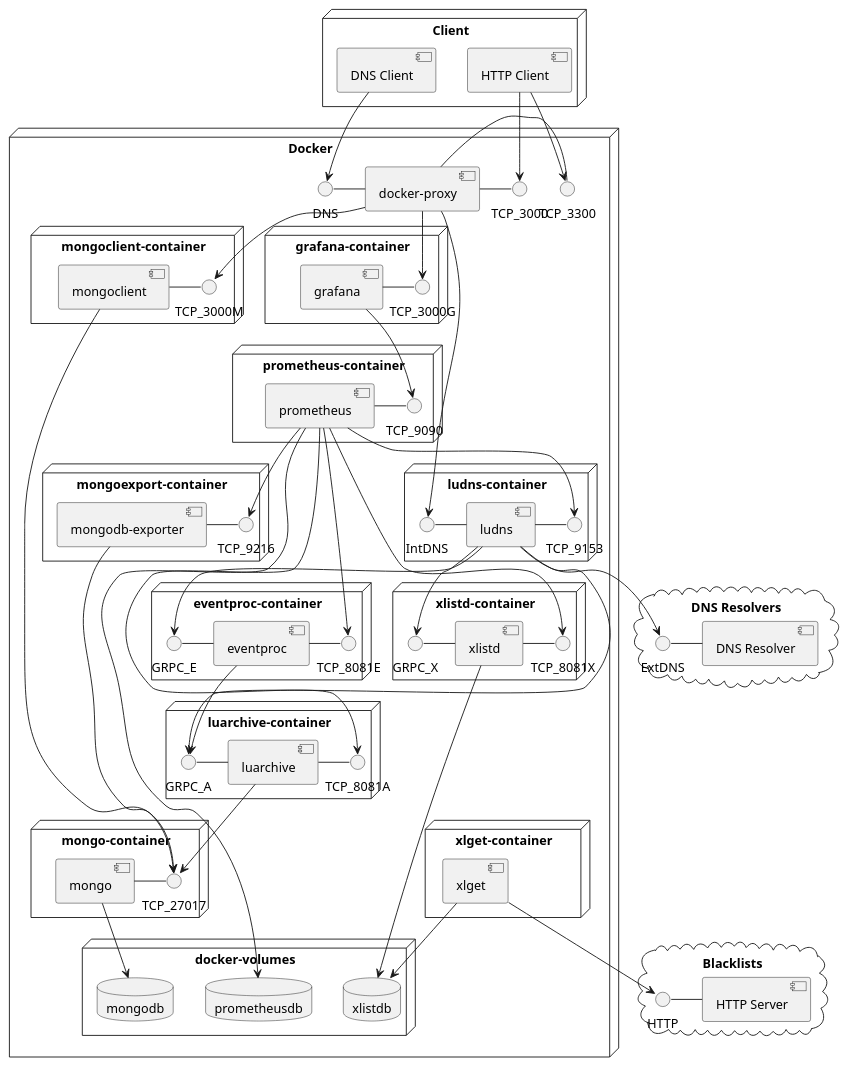
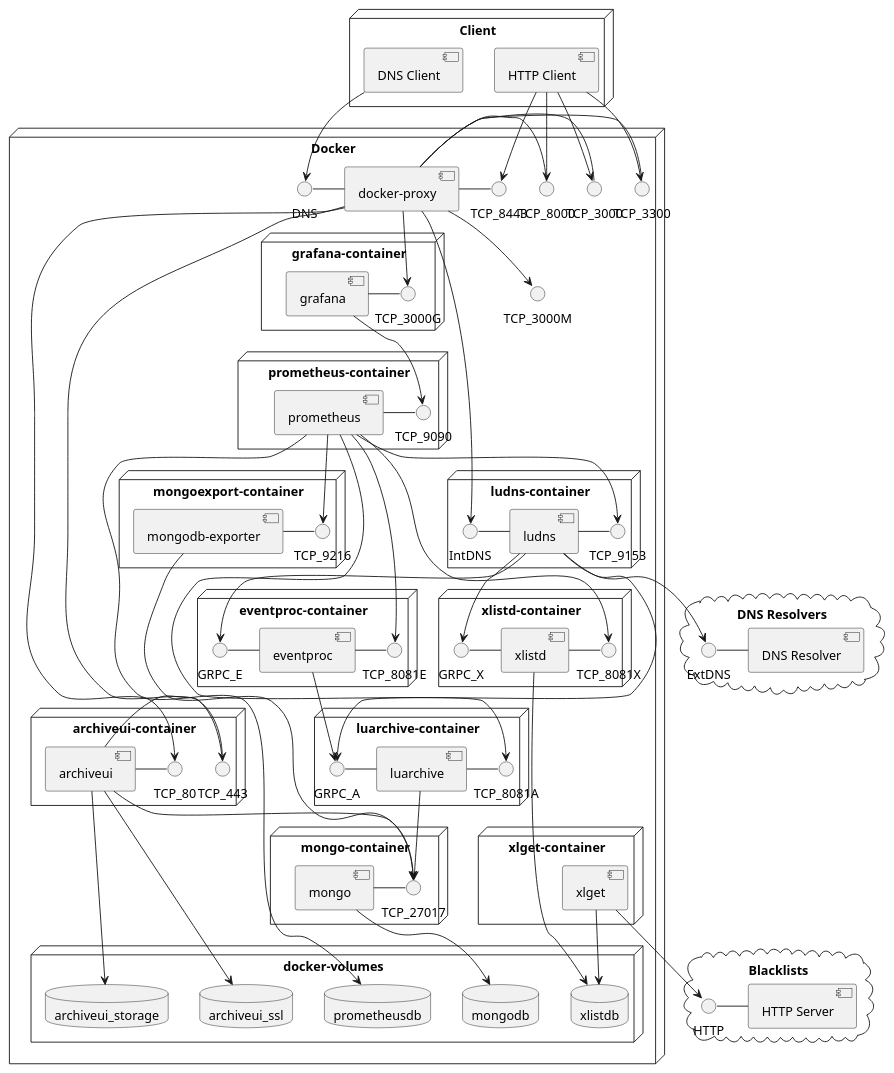
One commit to luids-io/deploy changed the diagram in docker/advanced-dns-sinkhole-metrics/diagram.puml. Above: the diagram before and after it, drawn with PlantUML. The commit also changed 5 other files, not shown here.

Commit message:
changed mongoclient gui by luids archiveui

```diff
--- a/docker/advanced-dns-sinkhole-metrics/diagram.puml
+++ b/docker/advanced-dns-sinkhole-metrics/diagram.puml
@@ -1,95 +1,109 @@
 @startuml
 
 cloud "Blacklists" {
  [HTTP Server] -left- HTTP
 }
 
 cloud "DNS Resolvers" {
  [DNS Resolver] -left- ExtDNS
 }
 
 node "Docker" {
   node "docker-volumes" {
     database "mongodb"
     database "xlistdb"
     database "prometheusdb"
+    database "archiveui_storage"
+    database "archiveui_ssl"
   }
  
   node "mongo-container" {
     [mongo] - TCP_27017 
   }
   [mongo] --> mongodb
   
-  node "mongoclient-container" {
-    [mongoclient] - TCP_3000M
-  }
-  [mongoclient] --> TCP_27017
 
   node "mongoexport-container" {
     [mongodb-exporter] -right- TCP_9216
   }
   [mongodb-exporter] --> TCP_27017
 
   node "xlget-container" {
     [xlget] --> [xlistdb]
   }
   [xlget] --> HTTP
 
   node "xlistd-container" {
     [xlistd] -left- GRPC_X
     [xlistd] -right- TCP_8081X
   }
   [xlistd] --> [xlistdb]
  
   node "luarchive-container" {
     [luarchive] -left- GRPC_A
     [luarchive] -right- TCP_8081A
   } 
   [luarchive] --> TCP_27017
   
   node "eventproc-container" {
     [eventproc] -left- GRPC_E
     [eventproc] -right- TCP_8081E
   }
   [eventproc] --> GRPC_A
 
   node "ludns-container" {
     [ludns] -left- IntDNS
     [ludns] -right- TCP_9153
   }
   [ludns] --> GRPC_X
   [ludns] --> ExtDNS
   [ludns] --> GRPC_E
   [ludns] --> GRPC_A
 
+  node "archiveui-container" {
+    [archiveui] - TCP_80
+    [archiveui] - TCP_443
+  }
+  [archiveui] --> TCP_27017
+  [archiveui] --> archiveui_storage
+  [archiveui] --> archiveui_ssl
+
+
   node "prometheus-container" {
     [prometheus] - TCP_9090
   }
   [prometheus] --> prometheusdb
   [prometheus] --> TCP_9216
   [prometheus] --> TCP_8081X
   [prometheus] --> TCP_8081A
   [prometheus] --> TCP_8081E
   [prometheus] --> TCP_9153
 
   node "grafana-container" {
     [grafana] - TCP_3000G
   }  
   [grafana] --> TCP_9090
 
   [docker-proxy] --> IntDNS
   [docker-proxy] --> TCP_3000M
   [docker-proxy] --> TCP_3000G
+  [docker-proxy] --> TCP_80
+  [docker-proxy] --> TCP_443
   [docker-proxy] -left- DNS
   [docker-proxy] - TCP_3300
   [docker-proxy] - TCP_3000
+  [docker-proxy] - TCP_8000
+  [docker-proxy] - TCP_8443
+
 
 }
 
 node "Client" {
   [DNS Client] --> DNS
   [HTTP Client] --> TCP_3300
   [HTTP Client] --> TCP_3000
+  [HTTP Client] --> TCP_8000
+  [HTTP Client] --> TCP_8443
 }
 
 @enduml
```
